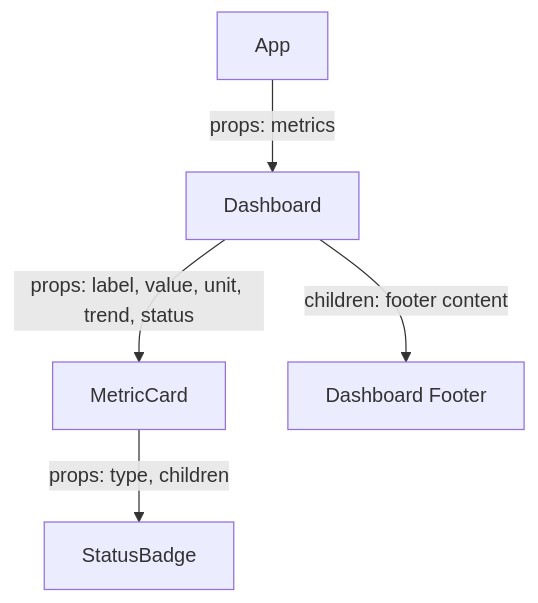
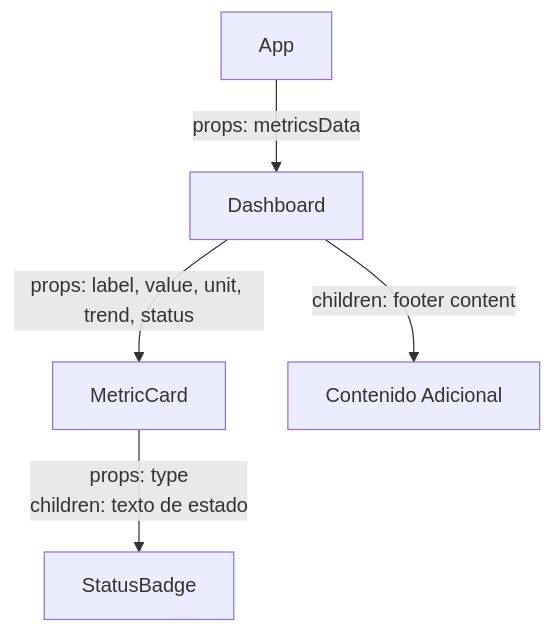
Before and after one commit to IngenieroTaipe/Proyecto_grupal: the diagram in README.md, drawn with Mermaid. The commit also changed other lines of this file, not shown here.

````diff
--- a/README.md
+++ b/README.md
@@ -9,7 +11,7 @@
 ```mermaid
 graph TD
-    A[App] -- "props: metrics" --> B[Dashboard]
-    B -- "props: label, value, unit, trend, status" --> C[MetricCard]
-    C -- "props: type, children" --> D[StatusBadge]
-    B -- "children: footer content" --> E[Dashboard Footer]
+    A[App] -->|props: metricsData| B[Dashboard]
+    B -->|props: label, value, unit, trend, status| C[MetricCard]
+    C -->|props: type<br>children: texto de estado| D[StatusBadge]
+    B -->|children: footer content| E[Contenido Adicional]
 ```
````
